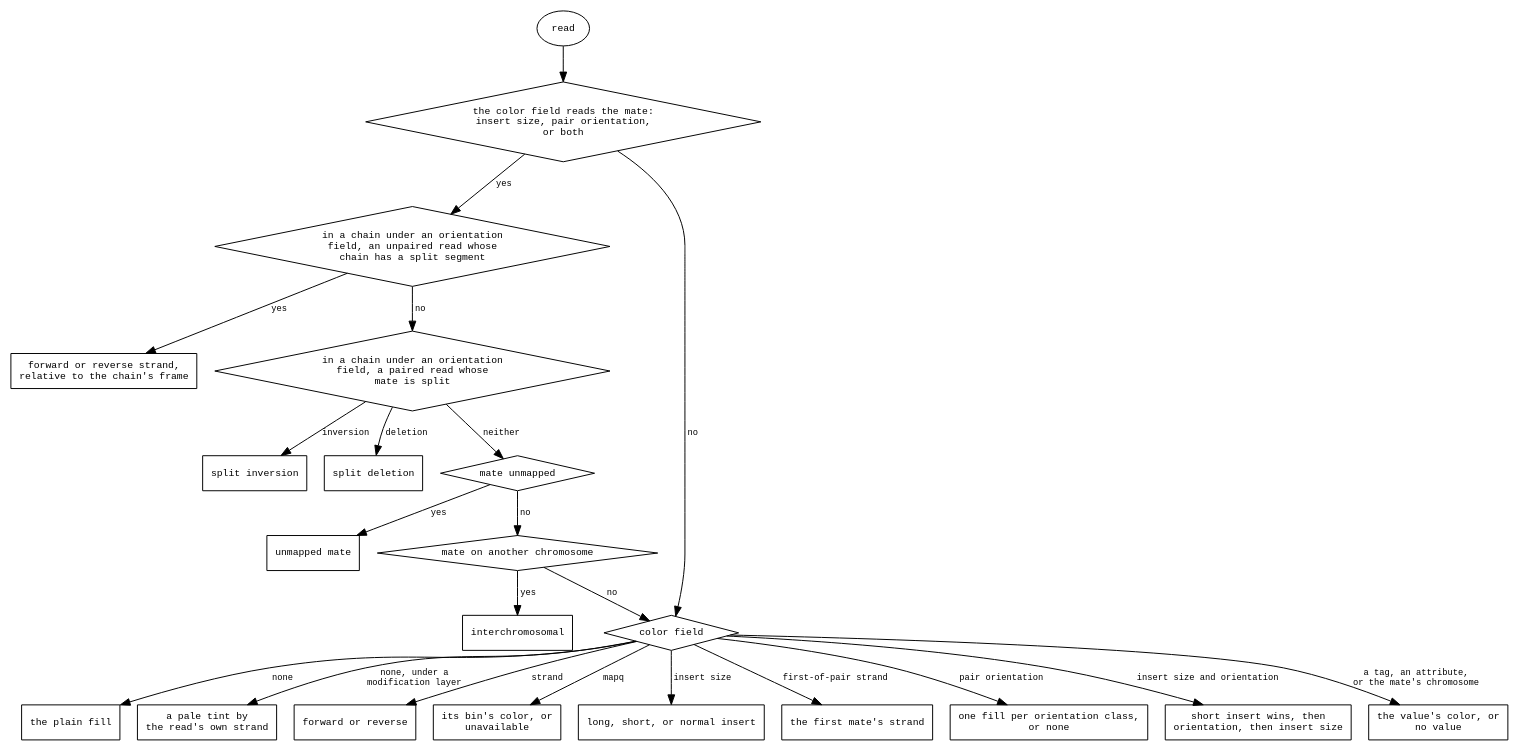
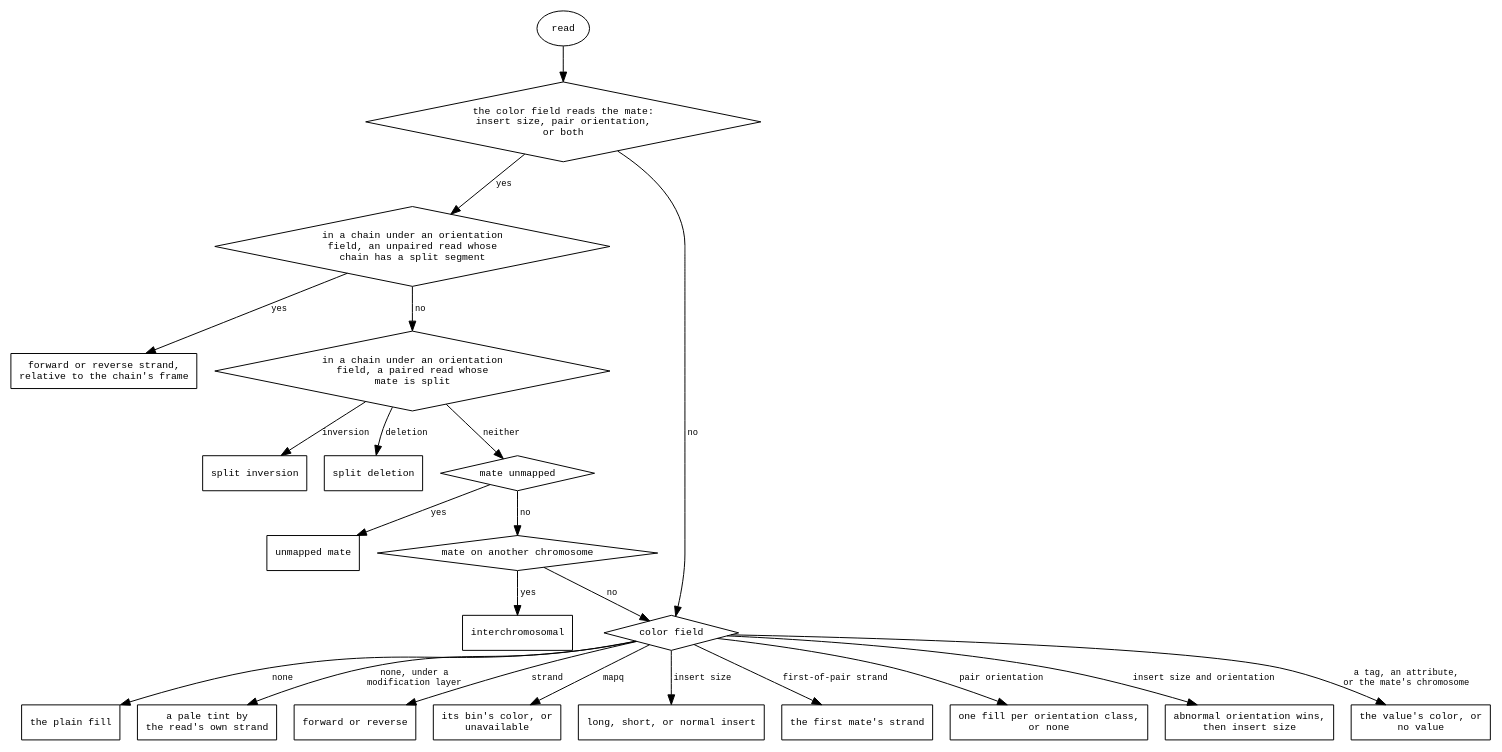
Before and after one commit to GMOD/jbrowse-components: the diagram in agent-docs/reference/diagrams/alignments-read-color.dot, drawn with Graphviz. The commit also changed 5 other files, not shown here.

First line of the commit message:
Insert size and orientation: an abnormal orientation outranks a short insert

```diff
--- a/agent-docs/reference/diagrams/alignments-read-color.dot
+++ b/agent-docs/reference/diagrams/alignments-read-color.dot
@@ -1,55 +1,55 @@
 digraph read_color {
   rankdir=TB
   node [shape=box fontname=monospace fontsize=10]
   edge [fontname=monospace fontsize=9]
   { node [shape=diamond] mate; frame; split; unmapped; interchrom; field }
 
   start [label="read", shape=oval]
   start -> mate
 
   mate [label="the color field reads the mate:\ninsert size, pair orientation,\nor both"]
   mate -> frame [label=" yes"]
   mate -> field [label=" no"]
 
   frame [label="in a chain under an orientation\nfield, an unpaired read whose\nchain has a split segment"]
   frame -> framecol [label=" yes"]
   frame -> split    [label=" no"]
   framecol [label="forward or reverse strand,\nrelative to the chain's frame"]
 
   split [label="in a chain under an orientation\nfield, a paired read whose\nmate is split"]
   split -> inv [label=" inversion"]
   split -> del [label=" deletion"]
   split -> unmapped [label=" neither"]
   inv [label="split inversion"]
   del [label="split deletion"]
 
   unmapped [label="mate unmapped"]
   unmapped -> unmappedcol [label=" yes"]
   unmapped -> interchrom   [label=" no"]
   unmappedcol [label="unmapped mate"]
 
   interchrom [label="mate on another chromosome"]
   interchrom -> interchromcol [label=" yes"]
   interchrom -> field         [label=" no"]
   interchromcol [label="interchromosomal"]
 
   field [label="color field"]
   field -> plain     [label=" none"]
   field -> modbody   [label=" none, under a\n modification layer"]
   field -> strand    [label=" strand"]
   field -> mapq      [label=" mapq"]
   field -> insert    [label=" insert size"]
   field -> firstpair [label=" first-of-pair strand"]
   field -> orient    [label=" pair orientation"]
   field -> both      [label=" insert size and orientation"]
   field -> value     [label=" a tag, an attribute,\n or the mate's chromosome"]
   plain     [label="the plain fill"]
   modbody   [label="a pale tint by\nthe read's own strand"]
   strand    [label="forward or reverse"]
   mapq      [label="its bin's color, or\nunavailable"]
   insert    [label="long, short, or normal insert"]
   firstpair [label="the first mate's strand"]
   orient    [label="one fill per orientation class,\nor none"]
-  both      [label="short insert wins, then\norientation, then insert size"]
+  both      [label="abnormal orientation wins,\nthen insert size"]
   value     [label="the value's color, or\nno value"]
 }
```
